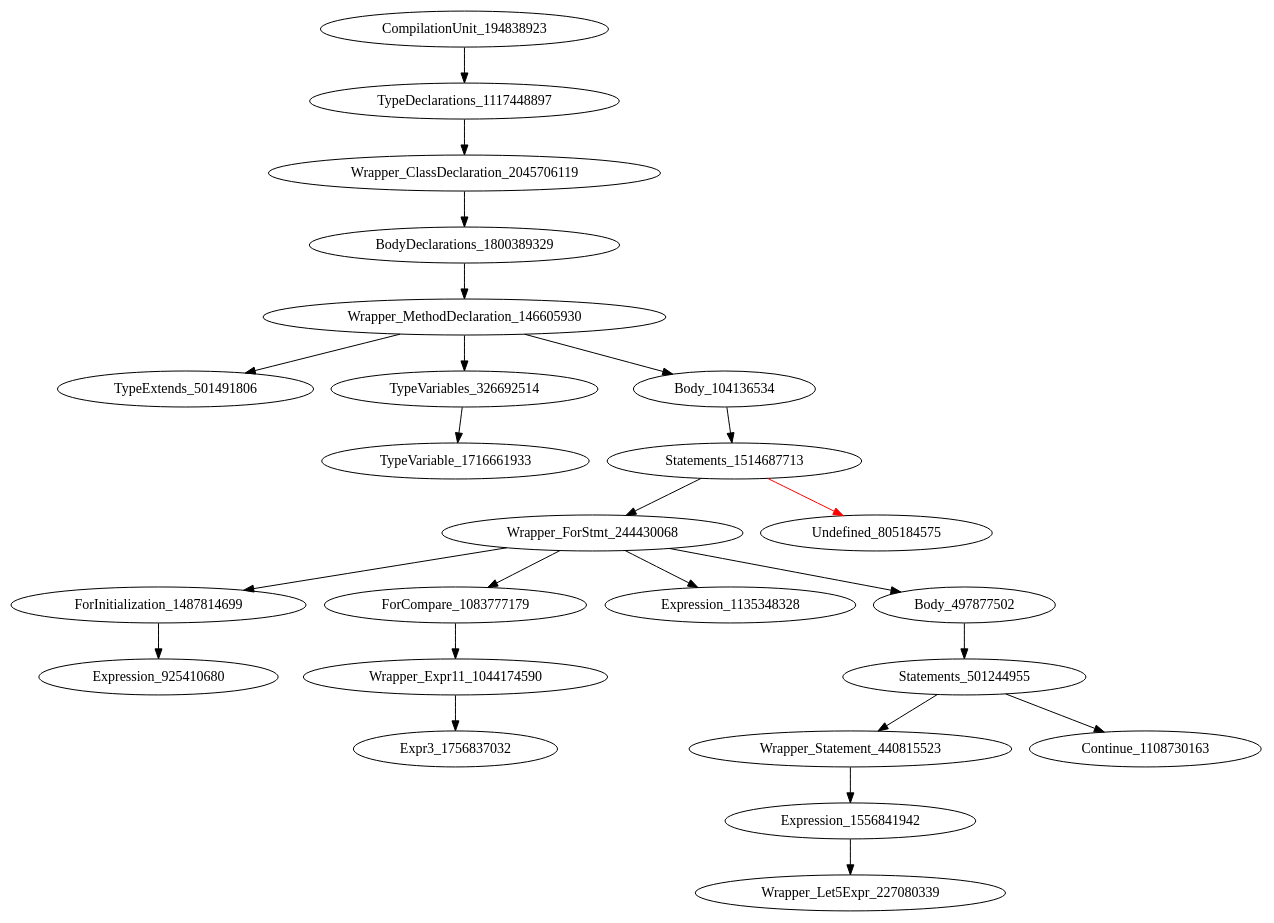
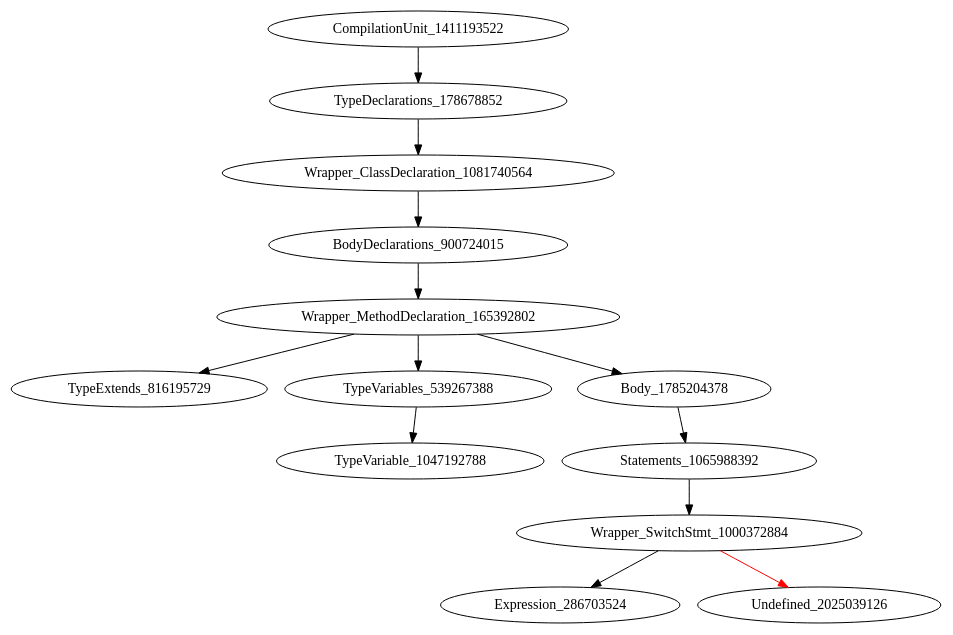
One commit to icse2023material/VoiceJava changed the diagram in holeAST.dot. Above: the diagram before and after it, drawn with Graphviz. The commit also changed 22 other files, not shown here.

```diff
--- a/holeAST.dot
+++ b/holeAST.dot
@@ -1,25 +1,14 @@
 digraph {
-CompilationUnit_194838923 -> TypeDeclarations_1117448897
-TypeDeclarations_1117448897 -> Wrapper_ClassDeclaration_2045706119
-Wrapper_ClassDeclaration_2045706119 -> BodyDeclarations_1800389329
-BodyDeclarations_1800389329 -> Wrapper_MethodDeclaration_146605930
-Wrapper_MethodDeclaration_146605930 -> TypeExtends_501491806
-Wrapper_MethodDeclaration_146605930 -> TypeVariables_326692514
-Wrapper_MethodDeclaration_146605930 -> Body_104136534
-TypeVariables_326692514 -> TypeVariable_1716661933
-Body_104136534 -> Statements_1514687713
-Statements_1514687713 -> Wrapper_ForStmt_244430068
-Statements_1514687713 -> Undefined_805184575 [color = red] 
-Wrapper_ForStmt_244430068 -> ForInitialization_1487814699
-Wrapper_ForStmt_244430068 -> ForCompare_1083777179
-Wrapper_ForStmt_244430068 -> Expression_1135348328
-Wrapper_ForStmt_244430068 -> Body_497877502
-ForInitialization_1487814699 -> Expression_925410680
-ForCompare_1083777179 -> Wrapper_Expr11_1044174590
-Body_497877502 -> Statements_501244955
-Wrapper_Expr11_1044174590 -> Expr3_1756837032
-Statements_501244955 -> Wrapper_Statement_440815523
-Statements_501244955 -> Continue_1108730163
-Wrapper_Statement_440815523 -> Expression_1556841942
-Expression_1556841942 -> Wrapper_Let5Expr_227080339
+CompilationUnit_1411193522 -> TypeDeclarations_178678852
+TypeDeclarations_178678852 -> Wrapper_ClassDeclaration_1081740564
+Wrapper_ClassDeclaration_1081740564 -> BodyDeclarations_900724015
+BodyDeclarations_900724015 -> Wrapper_MethodDeclaration_165392802
+Wrapper_MethodDeclaration_165392802 -> TypeExtends_816195729
+Wrapper_MethodDeclaration_165392802 -> TypeVariables_539267388
+Wrapper_MethodDeclaration_165392802 -> Body_1785204378
+TypeVariables_539267388 -> TypeVariable_1047192788
+Body_1785204378 -> Statements_1065988392
+Statements_1065988392 -> Wrapper_SwitchStmt_1000372884
+Wrapper_SwitchStmt_1000372884 -> Expression_286703524
+Wrapper_SwitchStmt_1000372884 -> Undefined_2025039126 [color = red] 
 }
```
